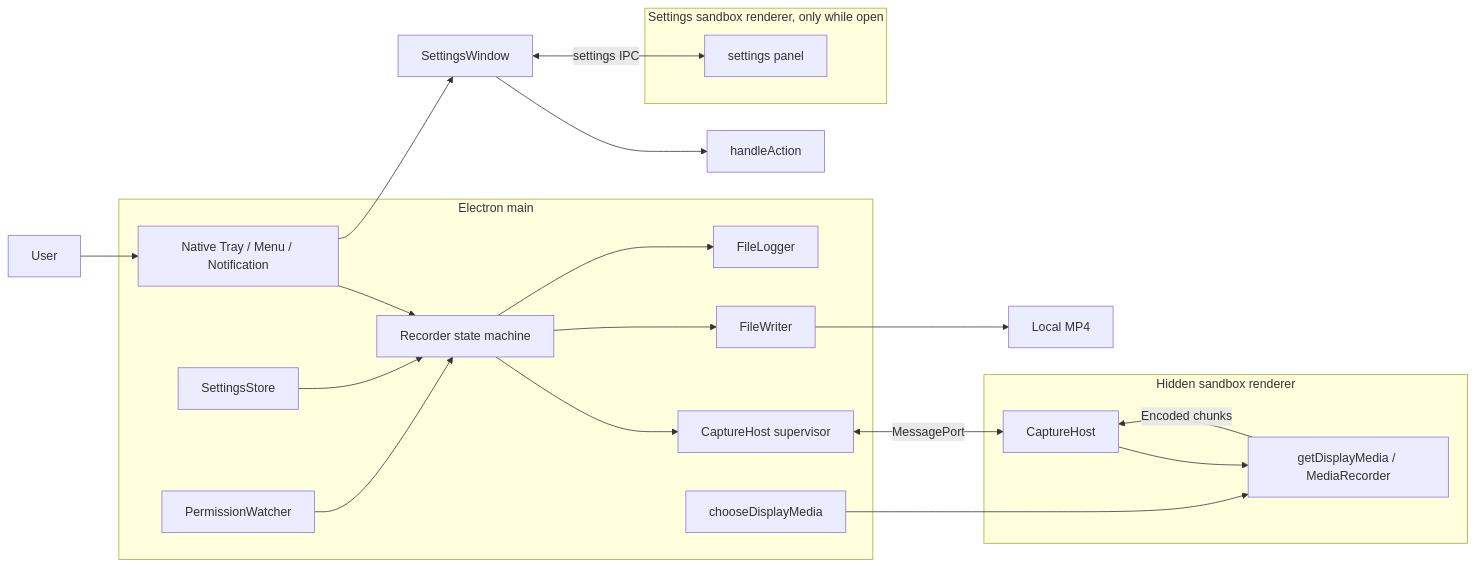
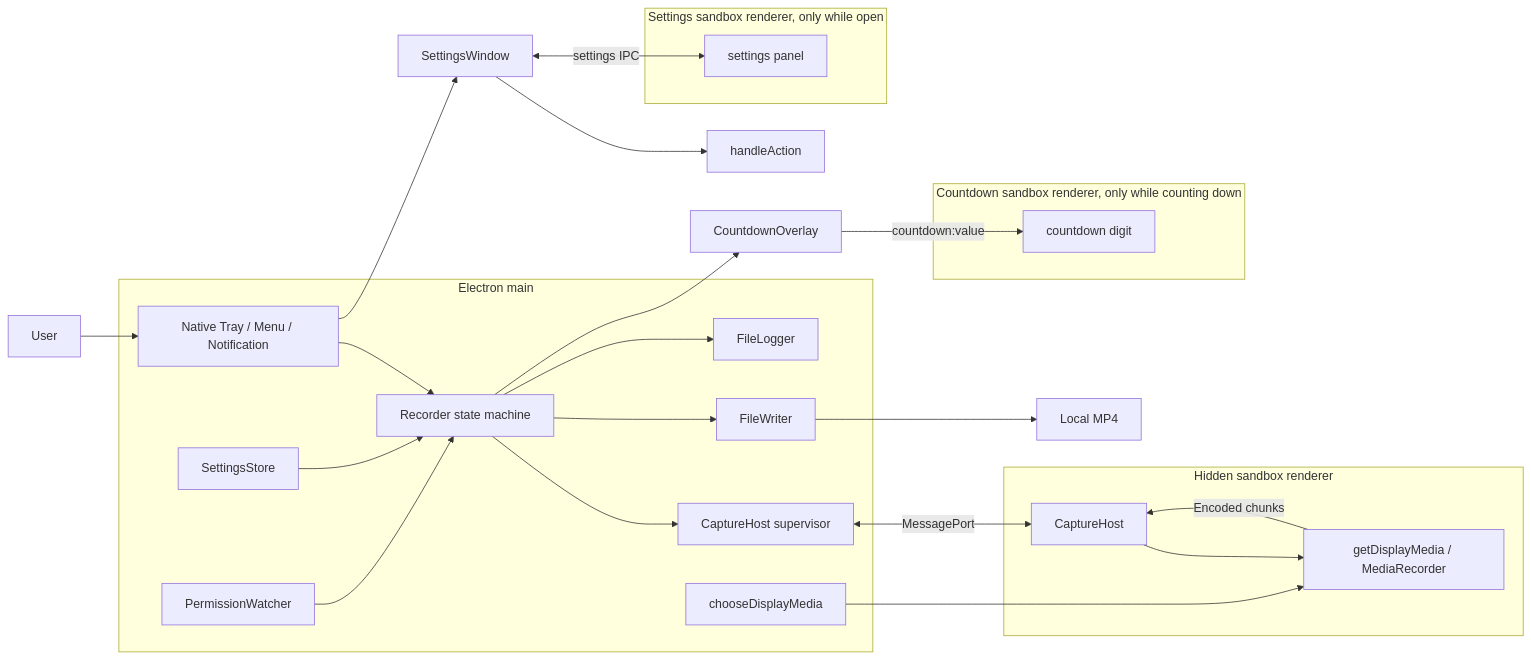
Before and after one commit to EricTsai83/recordstuff: the diagram in docs/system-design/architecture.md, drawn with Mermaid. The commit also changed other lines of this file and 17 other files, not shown here.

````diff
--- a/docs/system-design/architecture.md
+++ b/docs/system-design/architecture.md
@@ -11,26 +11,31 @@
 ```mermaid
 flowchart LR
     User[User] --> Tray[Native Tray / Menu / Notification]
     subgraph Main[Electron main]
       Tray --> Recorder[Recorder state machine]
       Settings[SettingsStore] --> Recorder
       Permission[PermissionWatcher] --> Recorder
       Recorder --> Supervisor[CaptureHost supervisor]
       Recorder --> Writer[FileWriter]
       Recorder --> Log[FileLogger]
       Select[chooseDisplayMedia]
     end
     Tray --> Panel[SettingsWindow]
     Panel --> Action[handleAction]
     Supervisor <-->|MessagePort| Host
     subgraph Renderer[Hidden sandbox renderer]
       Host[CaptureHost] --> Media[getDisplayMedia / MediaRecorder]
     end
     subgraph PanelRenderer[Settings sandbox renderer, only while open]
       Page[settings panel]
     end
     Panel <-->|settings IPC| Page
+    Recorder --> Overlay[CountdownOverlay]
+    subgraph OverlayRenderer[Countdown sandbox renderer, only while counting down]
+      Digit[countdown digit]
+    end
+    Overlay -->|countdown:value| Digit
     Select --> Media
     Media -->|Encoded chunks| Host
     Writer --> Disk[Local MP4]
 ```
````
